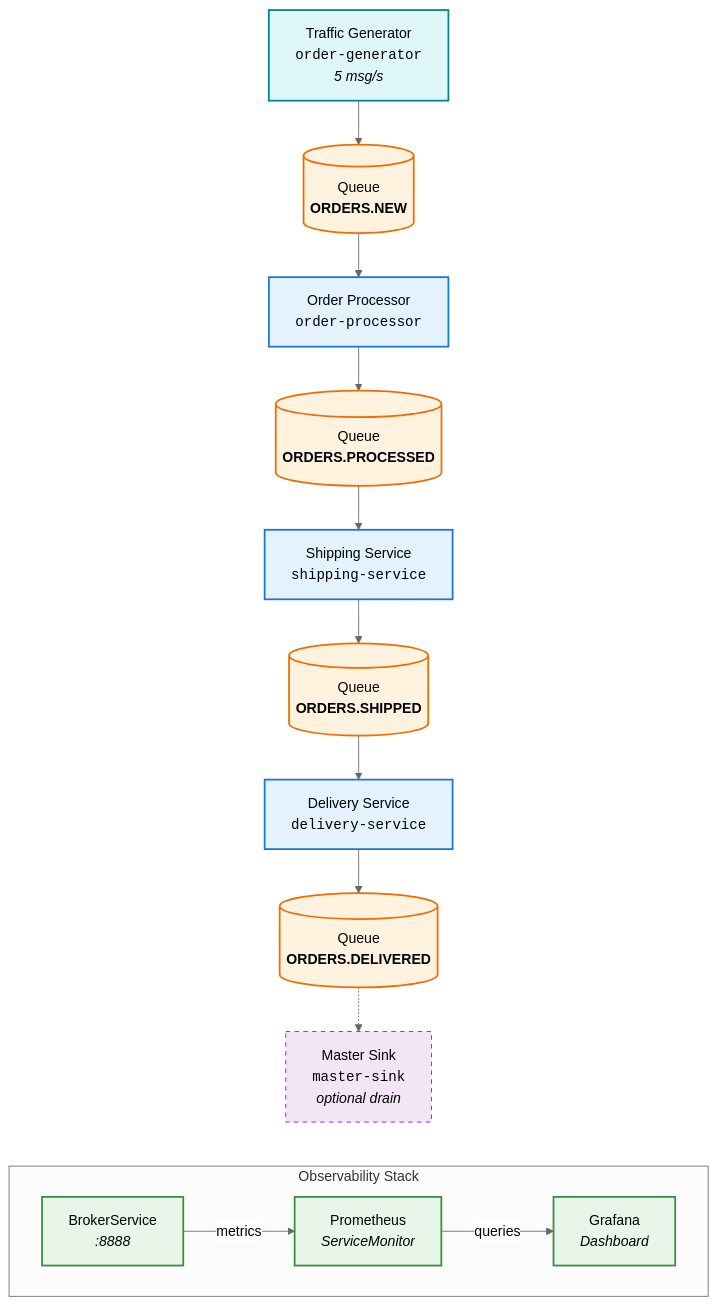
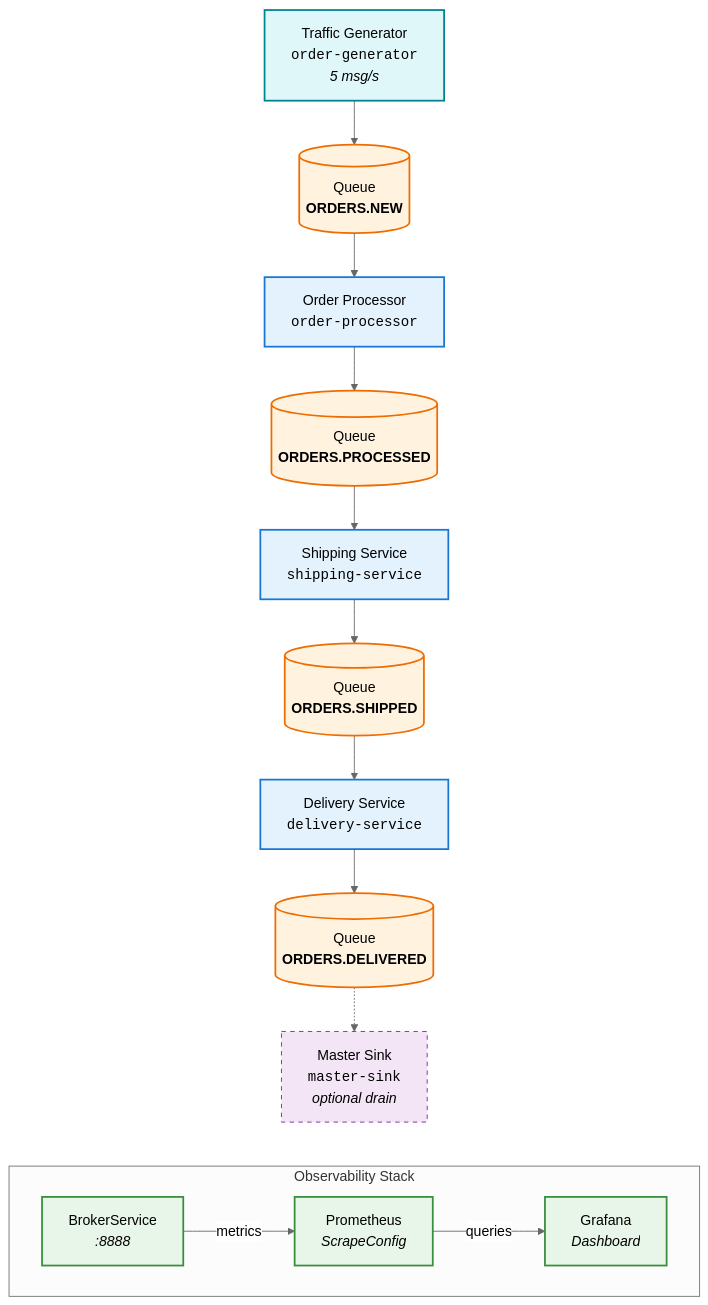
Before and after one commit to arkmq-org/arkmq-org-broker-operator: the diagram in docs/tutorials/brokerservice/brokerservice.md, drawn with Mermaid (neutral theme). The commit also changed other lines of this file and 10 other files, not shown here.

````diff
--- a/docs/tutorials/brokerservice/brokerservice.md
+++ b/docs/tutorials/brokerservice/brokerservice.md
@@ -25,41 +25,41 @@
 ```mermaid
 flowchart TD
     GEN["Traffic Generator<br/><code>order-generator</code><br/><i>5 msg/s</i>"]
     Q1[("Queue<br/><b>ORDERS.NEW</b>")]
     PROC["Order Processor<br/><code>order-processor</code>"]
     Q2[("Queue<br/><b>ORDERS.PROCESSED</b>")]
     SHIP["Shipping Service<br/><code>shipping-service</code>"]
     Q3[("Queue<br/><b>ORDERS.SHIPPED</b>")]
     DELIV["Delivery Service<br/><code>delivery-service</code>"]
     Q4[("Queue<br/><b>ORDERS.DELIVERED</b>")]
     SINK["Master Sink<br/><code>master-sink</code><br/><i>optional drain</i>"]
 
     GEN --> Q1
     Q1 --> PROC
     PROC --> Q2
     Q2 --> SHIP
     SHIP --> Q3
     Q3 --> DELIV
     DELIV --> Q4
     Q4 -.-> SINK
 
     SINK ~~~ OBS
 
     subgraph OBS ["Observability Stack"]
         direction LR
-        BS["BrokerService<br/><i>:8888</i>"] -->|metrics| PROM["Prometheus<br/><i>ServiceMonitor</i>"]
+        BS["BrokerService<br/><i>:8888</i>"] -->|metrics| PROM["Prometheus<br/><i>ScrapeConfig</i>"]
         PROM -->|queries| GRAF["Grafana<br/><i>Dashboard</i>"]
     end
 
     classDef generator fill:#e0f7fa,stroke:#00838f,stroke-width:2px,color:#000;
     classDef app fill:#e3f2fd,stroke:#1976d2,stroke-width:2px,color:#000;
     classDef queue fill:#fff3e0,stroke:#ef6c00,stroke-width:2px,color:#000;
     classDef sink fill:#f3e5f5,stroke:#7b1fa2,stroke-width:1px,stroke-dasharray:5 5,color:#000;
     classDef observability fill:#e8f5e9,stroke:#388e3c,stroke-width:2px,color:#000;
 
     class GEN generator;
     class PROC,SHIP,DELIV app;
     class Q1,Q2,Q3,Q4 queue;
     class SINK sink;
     class BS,PROM,GRAF observability;
 ```
````
